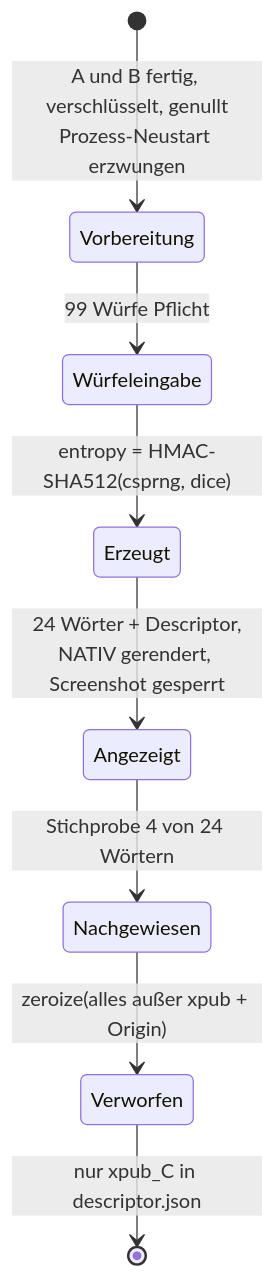
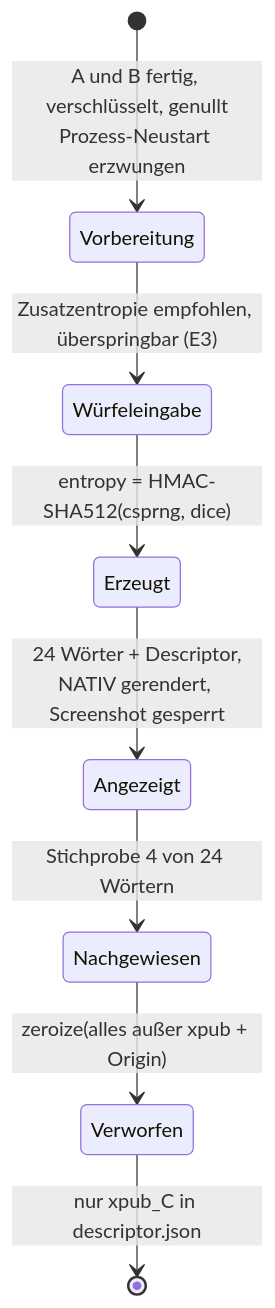
One commit to joshuakrueger-dfx/Bitcoin-Trinity changed the third of 9 diagrams in docs/SPECIFICATION.md. Above: the diagram before and after it, drawn with Mermaid. The commit also changed other lines of this file and 11 other files, not shown here.

````diff
--- a/docs/SPECIFICATION.md
+++ b/docs/SPECIFICATION.md
@@ -980,10 +994,10 @@
 ```mermaid
 stateDiagram-v2
     [*] --> Vorbereitung: A und B fertig, verschlüsselt, genullt<br/>Prozess-Neustart erzwungen
-    Vorbereitung --> Würfeleingabe: 99 Würfe Pflicht
+    Vorbereitung --> Würfeleingabe: Zusatzentropie empfohlen, überspringbar (E3)
     Würfeleingabe --> Erzeugt: entropy = HMAC-SHA512(csprng, dice)
     Erzeugt --> Angezeigt: 24 Wörter + Descriptor,<br/>NATIV gerendert, Screenshot gesperrt
     Angezeigt --> Nachgewiesen: Stichprobe 4 von 24 Wörtern
     Nachgewiesen --> Verworfen: zeroize(alles außer xpub + Origin)
     Verworfen --> [*]: nur xpub_C in descriptor.json
 ```
````
